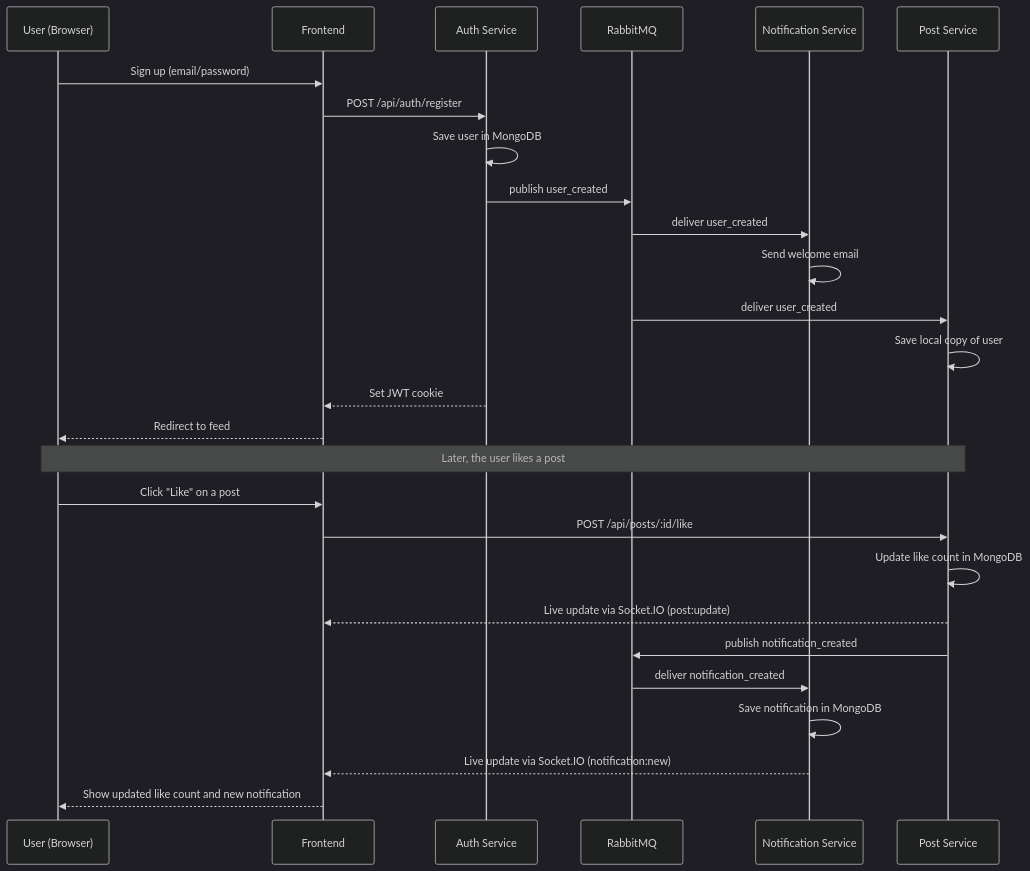
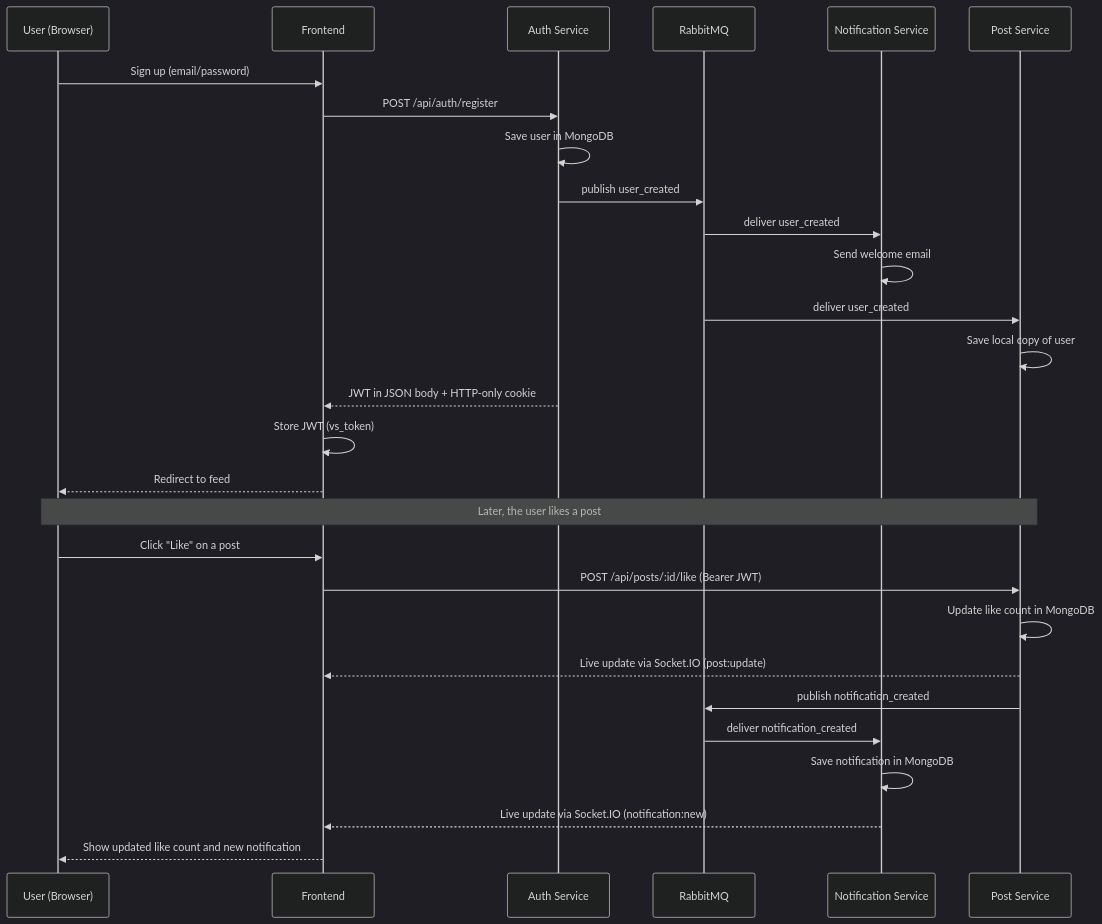
The second of 3 diagrams in README.md (taiyeba-software/verbascope-social-ml), drawn with Mermaid (dark theme) before and after one commit. The commit also changed other lines of this file and 26 other files, not shown here.

````diff
--- a/README.md
+++ b/README.md
@@ -85,32 +100,33 @@
 ```mermaid
 sequenceDiagram
     participant U as User (Browser)
     participant F as Frontend
     participant A as Auth Service
     participant Q as RabbitMQ
     participant N as Notification Service
     participant P as Post Service
 
     U->>F: Sign up (email/password)
     F->>A: POST /api/auth/register
     A->>A: Save user in MongoDB
     A->>Q: publish user_created
     Q->>N: deliver user_created
     N->>N: Send welcome email
     Q->>P: deliver user_created
     P->>P: Save local copy of user
-    A-->>F: Set JWT cookie
+    A-->>F: JWT in JSON body + HTTP-only cookie
+    F->>F: Store JWT (vs_token)
     F-->>U: Redirect to feed
 
     Note over U,P: Later, the user likes a post
 
     U->>F: Click "Like" on a post
-    F->>P: POST /api/posts/:id/like
+    F->>P: POST /api/posts/:id/like (Bearer JWT)
     P->>P: Update like count in MongoDB
     P-->>F: Live update via Socket.IO (post:update)
     P->>Q: publish notification_created
     Q->>N: deliver notification_created
     N->>N: Save notification in MongoDB
     N-->>F: Live update via Socket.IO (notification:new)
     F-->>U: Show updated like count and new notification
 ```
````
